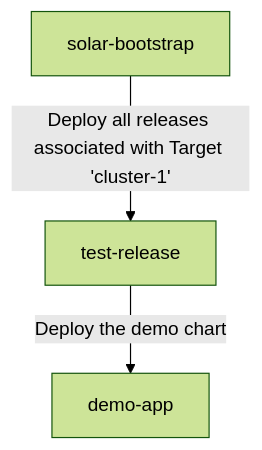
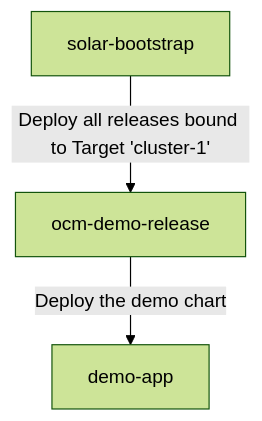
The diagram in docs/walk-through/03-bootstrap.md (opendefensecloud/solution-arsenal), drawn with Mermaid (forest theme) before and after one commit. The commit also changed other lines of this file and 4 other files, not shown here.

````diff
--- a/docs/walk-through/03-bootstrap.md
+++ b/docs/walk-through/03-bootstrap.md
@@ -158,8 +261,8 @@
 ```mermaid
 flowchart TD
     Bootstrap[solar-bootstrap]
-    TestRelease[test-release]
+    OcmDemoRelease[ocm-demo-release]
     DemoApp[demo-app]
-    Bootstrap -->|Deploy all releases associated with Target 'cluster-1'| TestRelease
-    TestRelease -->|Deploy the demo chart| DemoApp
+    Bootstrap -->|Deploy all releases bound to Target 'cluster-1'| OcmDemoRelease
+    OcmDemoRelease -->|Deploy the demo chart| DemoApp
 ```
````
